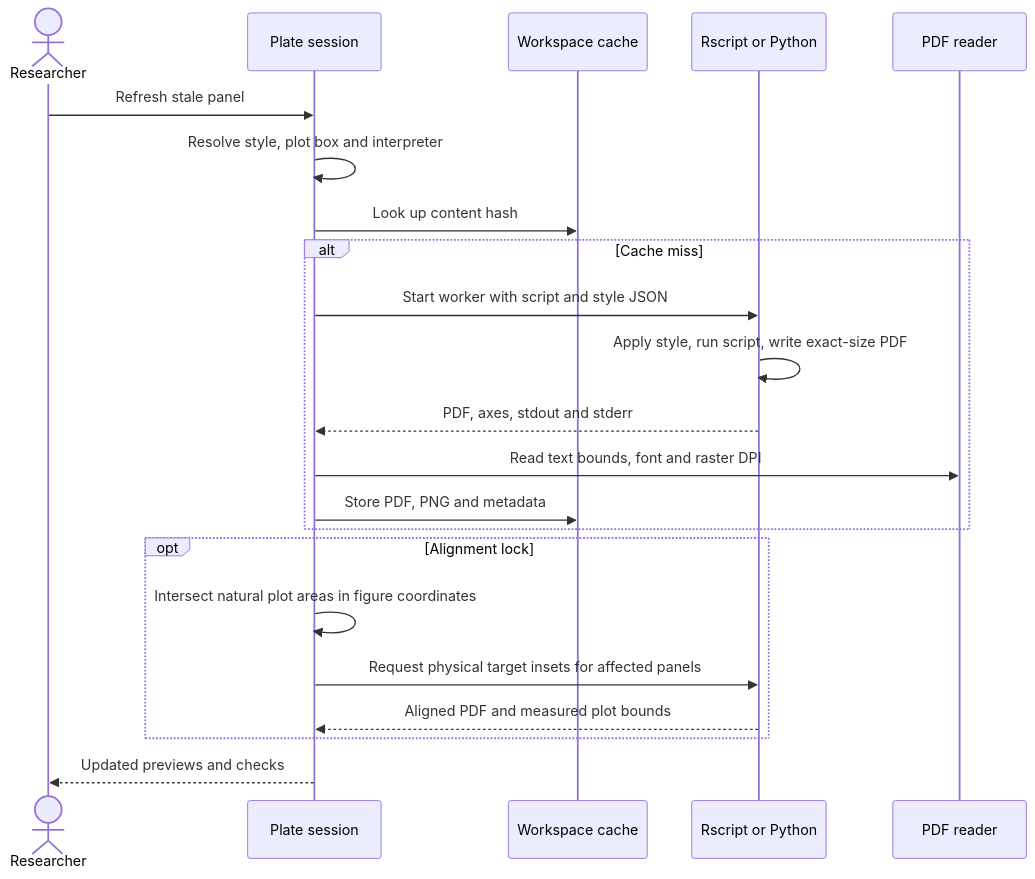
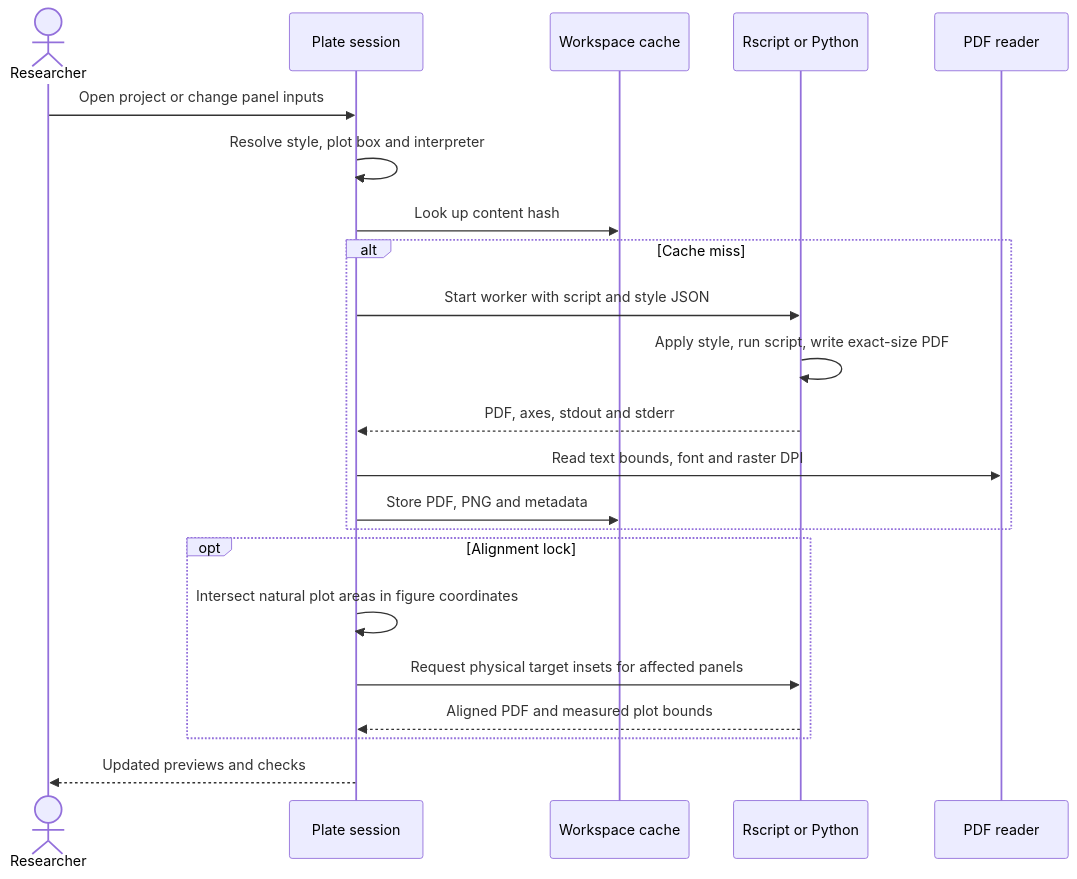
One commit to EthanShenx/Plate changed the second of 2 diagrams in ARCHITECTURE.md. Above: the diagram before and after it, drawn with Mermaid. The commit also changed other lines of this file and 65 other files, not shown here.

First line of the commit message:
Modernize Plate and support layered figure layouts

````diff
--- a/ARCHITECTURE.md
+++ b/ARCHITECTURE.md
@@ -30,24 +34,24 @@
 ```mermaid
 sequenceDiagram
   actor U as Researcher
   participant S as Plate session
   participant C as Workspace cache
   participant W as Rscript or Python
   participant P as PDF reader
-  U->>S: Refresh stale panel
+  U->>S: Open project or change panel inputs
   S->>S: Resolve style, plot box and interpreter
   S->>C: Look up content hash
   alt Cache miss
     S->>W: Start worker with script and style JSON
     W->>W: Apply style, run script, write exact-size PDF
     W-->>S: PDF, axes, stdout and stderr
     S->>P: Read text bounds, font and raster DPI
     S->>C: Store PDF, PNG and metadata
   end
   opt Alignment lock
     S->>S: Intersect natural plot areas in figure coordinates
     S->>W: Request physical target insets for affected panels
     W-->>S: Aligned PDF and measured plot bounds
   end
   S-->>U: Updated previews and checks
 ```
````
